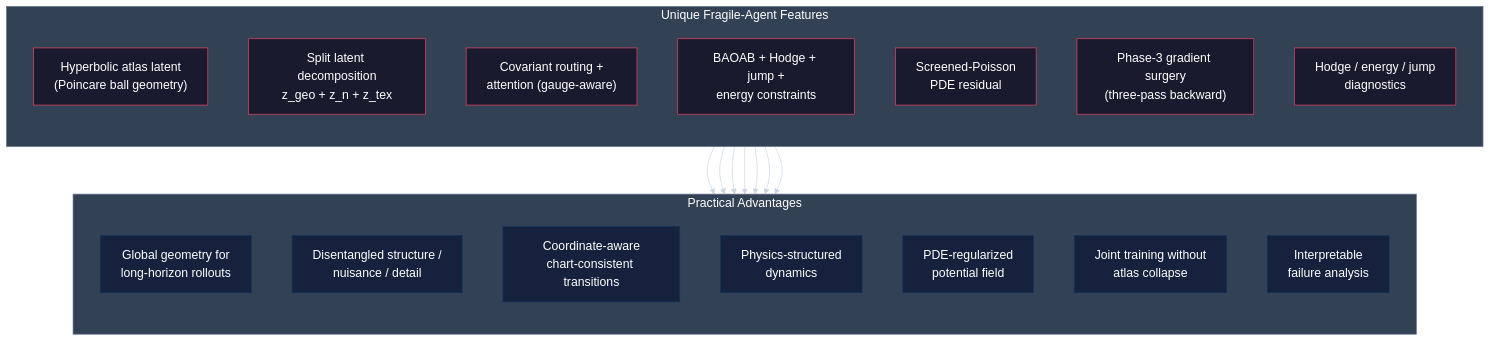
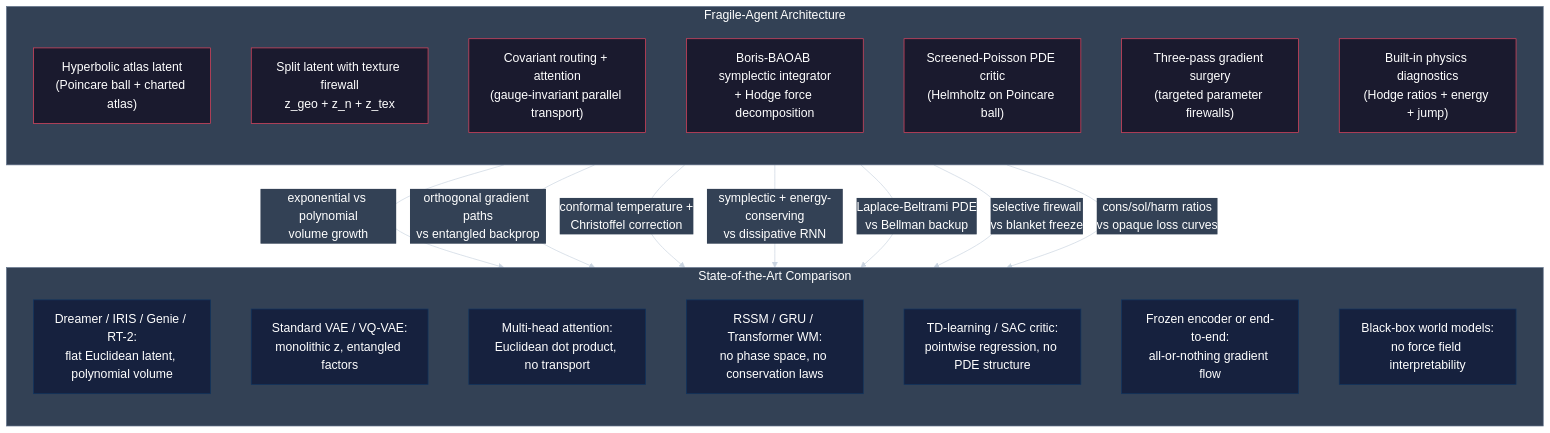
Before and after one commit to FragileTech/fragile: diagram 12 of 12 in single_agent_tldr.md, drawn with Mermaid. The commit also changed other lines of this file, not shown here.

First line of the commit message:
Expand Section 6 with theoretical SOTA comparison and specific examples

````diff
--- a/single_agent_tldr.md
+++ b/single_agent_tldr.md
@@ -1031,39 +1031,39 @@
 ```mermaid
 %%{init: {"themeVariables": {"background":"#1e293b","edgeLabelBackground":"#334155","textColor":"#ffffff","lineColor":"#cbd5e1","primaryColor":"#334155","primaryTextColor":"#ffffff","secondaryTextColor":"#ffffff","tertiaryTextColor":"#ffffff","titleColor":"#ffffff","nodeTextColor":"#ffffff","clusterBkg":"#334155","clusterBorder":"#64748b","fontSize":"18px"},"flowchart":{"nodeSpacing":60,"rankSpacing":70,"useMaxWidth":true}}}%%
 flowchart TB
-    subgraph FEATURES["Unique Fragile-Agent Features"]
+    subgraph FEATURES["Fragile-Agent Architecture"]
         direction TB
-        HYP["Hyperbolic atlas latent<br/>(Poincare ball geometry)"]
-        SPL["Split latent decomposition<br/>z_geo + z_n + z_tex"]
-        COV["Covariant routing +<br/>attention (gauge-aware)"]
-        PHYS["BAOAB + Hodge + jump +<br/>energy constraints"]
-        SPS["Screened-Poisson<br/>PDE residual"]
-        GSR["Phase-3 gradient surgery<br/>(three-pass backward)"]
-        DIAG["Hodge / energy / jump<br/>diagnostics"]
+        HYP["Hyperbolic atlas latent<br/>(Poincare ball + charted atlas)"]
+        SPL["Split latent with texture firewall<br/>z_geo + z_n + z_tex"]
+        COV["Covariant routing + attention<br/>(gauge-invariant parallel transport)"]
+        PHYS["Boris-BAOAB symplectic integrator<br/>+ Hodge force decomposition"]
+        SPS["Screened-Poisson PDE critic<br/>(Helmholtz on Poincare ball)"]
+        GSR["Three-pass gradient surgery<br/>(targeted parameter firewalls)"]
+        DIAG["Built-in physics diagnostics<br/>(Hodge ratios + energy + jump)"]
     end
 
-    subgraph ADVANTAGES["Practical Advantages"]
+    subgraph SOTA["State-of-the-Art Comparison"]
         direction TB
-        A1["Global geometry for<br/>long-horizon rollouts"]
-        A2["Disentangled structure /<br/>nuisance / detail"]
-        A3["Coordinate-aware<br/>chart-consistent transitions"]
-        A4["Physics-structured<br/>dynamics"]
-        A5["PDE-regularized<br/>potential field"]
-        A6["Joint training without<br/>atlas collapse"]
-        A7["Interpretable<br/>failure analysis"]
+        S1["Dreamer / IRIS / Genie / RT-2:<br/>flat Euclidean latent, polynomial volume"]
+        S2["Standard VAE / VQ-VAE:<br/>monolithic z, entangled factors"]
+        S3["Multi-head attention:<br/>Euclidean dot product, no transport"]
+        S4["RSSM / GRU / Transformer WM:<br/>no phase space, no conservation laws"]
+        S5["TD-learning / SAC critic:<br/>pointwise regression, no PDE structure"]
+        S6["Frozen encoder or end-to-end:<br/>all-or-nothing gradient flow"]
+        S7["Black-box world models:<br/>no force field interpretability"]
     end
 
-    HYP --> A1
-    SPL --> A2
-    COV --> A3
-    PHYS --> A4
-    SPS --> A5
-    GSR --> A6
-    DIAG --> A7
+    HYP -->|"exponential vs polynomial<br/>volume growth"| S1
+    SPL -->|"orthogonal gradient paths<br/>vs entangled backprop"| S2
+    COV -->|"conformal temperature +<br/>Christoffel correction"| S3
+    PHYS -->|"symplectic + energy-conserving<br/>vs dissipative RNN"| S4
+    SPS -->|"Laplace-Beltrami PDE<br/>vs Bellman backup"| S5
+    GSR -->|"selective firewall<br/>vs blanket freeze"| S6
+    DIAG -->|"cons/sol/harm ratios<br/>vs opaque loss curves"| S7
 
     classDef feature fill:#1a1a2e,stroke:#e94560,stroke-width:1px,color:#ffffff;
-    classDef advantage fill:#16213e,stroke:#0f3460,stroke-width:1px,color:#ffffff;
+    classDef sota fill:#16213e,stroke:#0f3460,stroke-width:1px,color:#ffffff;
 
     class HYP,SPL,COV,PHYS,SPS,GSR,DIAG feature;
-    class A1,A2,A3,A4,A5,A6,A7 advantage;
+    class S1,S2,S3,S4,S5,S6,S7 sota;
 ```
````
